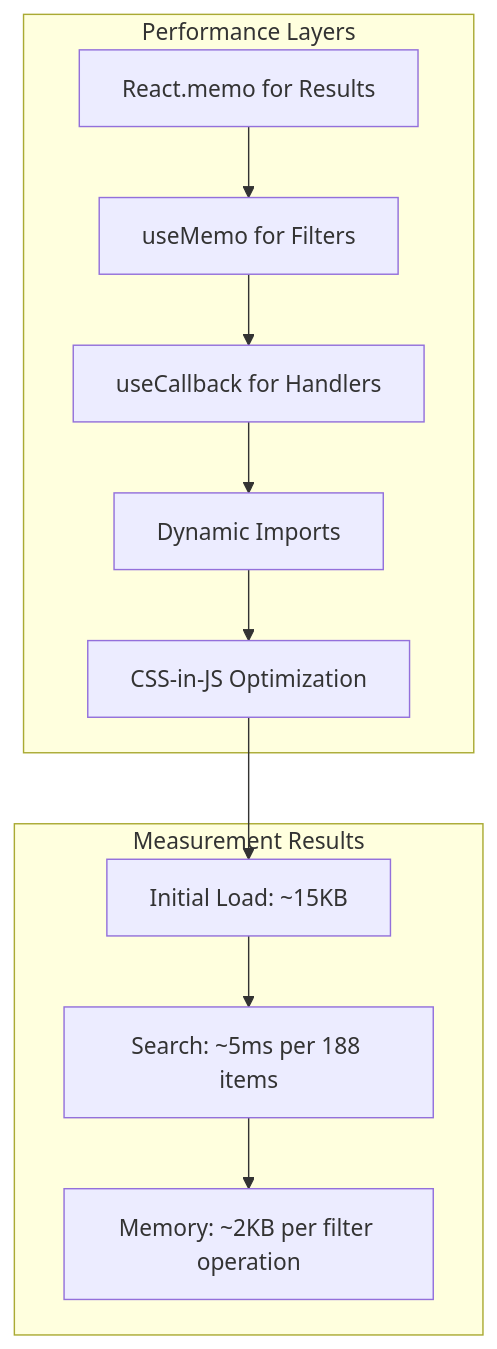
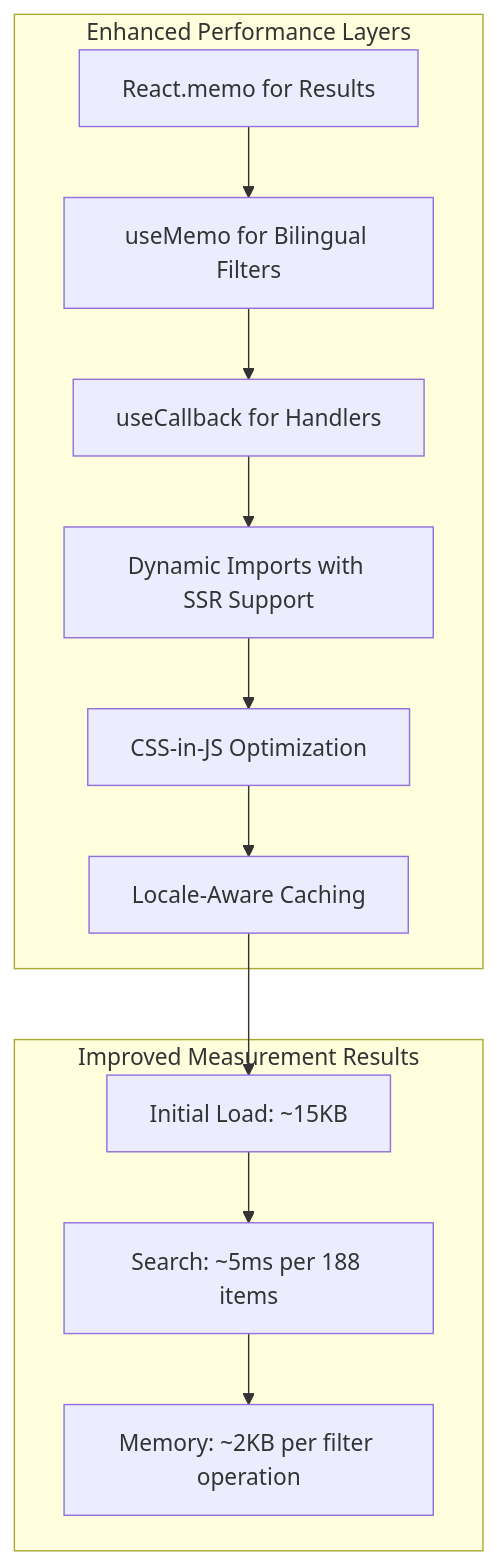
The ninth of 10 diagrams in .qoder/repowiki/en/content/Layout & Navigation/Search Overlay System.md (erdemerciyas/bgts), drawn with Mermaid before and after one commit. The commit also changed other lines of this file and 21 other files, not shown here.

````diff
--- a/.qoder/repowiki/en/content/Layout & Navigation/Search Overlay System.md
+++ b/.qoder/repowiki/en/content/Layout & Navigation/Search Overlay System.md
@@ -445,14 +515,15 @@
 ```mermaid
 graph TB
-subgraph "Performance Layers"
-A[React.memo for Results] --> B[useMemo for Filters]
+subgraph "Enhanced Performance Layers"
+A[React.memo for Results] --> B[useMemo for Bilingual Filters]
 B --> C[useCallback for Handlers]
-C --> D[Dynamic Imports]
+C --> D[Dynamic Imports with SSR Support]
 D --> E[CSS-in-JS Optimization]
+E --> F[Locale-Aware Caching]
 end
-subgraph "Measurement Results"
-F[Initial Load: ~15KB] --> G[Search: ~5ms per 188 items]
-G --> H[Memory: ~2KB per filter operation]
+subgraph "Improved Measurement Results"
+G[Initial Load: ~15KB] --> H[Search: ~5ms per 188 items]
+H --> I[Memory: ~2KB per filter operation]
 end
-E --> F
+F --> G
 ```
````
